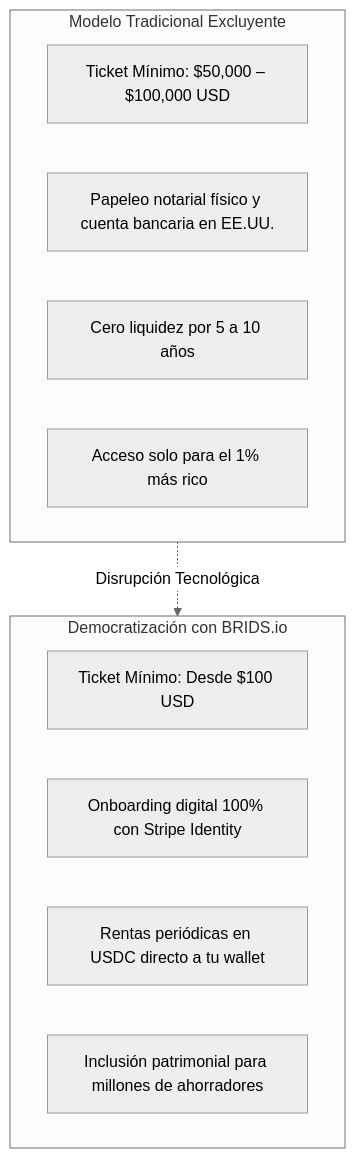
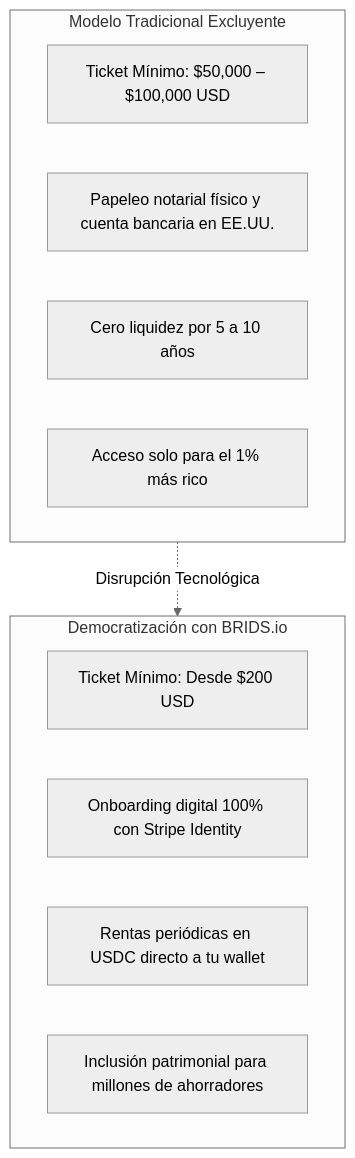
Before and after one commit to jeisonsosablockdev/BRIDS-KNOWLEDGE-FORT: the diagram in BRIDS-Brain/01 Negocio/01 Estrategia & Modelo/Business Concepts/concept-retail-fractionalization-thesis.md, drawn with Mermaid (neutral theme). The commit also changed other lines of this file and 16 other files, not shown here.

````diff
--- a/BRIDS-Brain/01 Negocio/01 Estrategia & Modelo/Business Concepts/concept-retail-fractionalization-thesis.md
+++ b/BRIDS-Brain/01 Negocio/01 Estrategia & Modelo/Business Concepts/concept-retail-fractionalization-thesis.md
@@ -41,18 +42,18 @@
 ```mermaid
 graph TD
     subgraph Tradicional["Modelo Tradicional Excluyente"]
         T1["Ticket Mínimo: $50,000 – $100,000 USD"]
         T2["Papeleo notarial físico y cuenta bancaria en EE.UU."]
         T3["Cero liquidez por 5 a 10 años"]
         T4["Acceso solo para el 1% más rico"]
     end
 
     subgraph BRIDS["Democratización con BRIDS.io"]
-        B1["Ticket Mínimo: Desde $100 USD"]
+        B1["Ticket Mínimo: Desde $200 USD"]
         B2["Onboarding digital 100% con Stripe Identity"]
         B3["Rentas periódicas en USDC directo a tu wallet"]
         B4["Inclusión patrimonial para millones de ahorradores"]
     end
 
     Tradicional -.->|Disrupción Tecnológica| BRIDS
 ```
````
